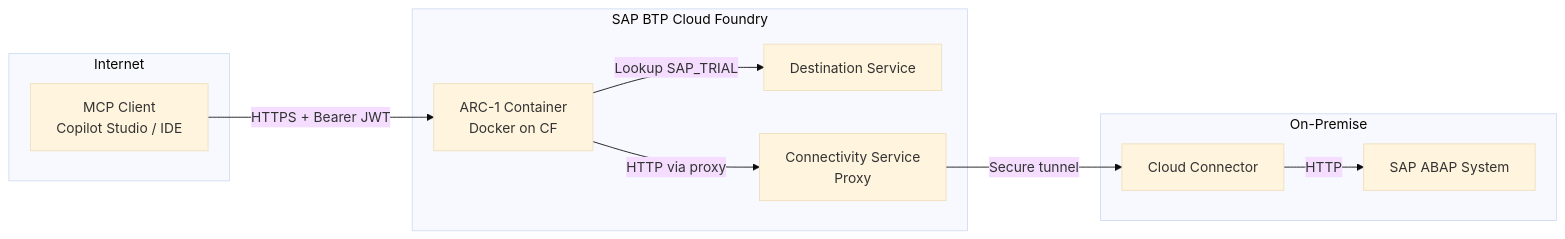
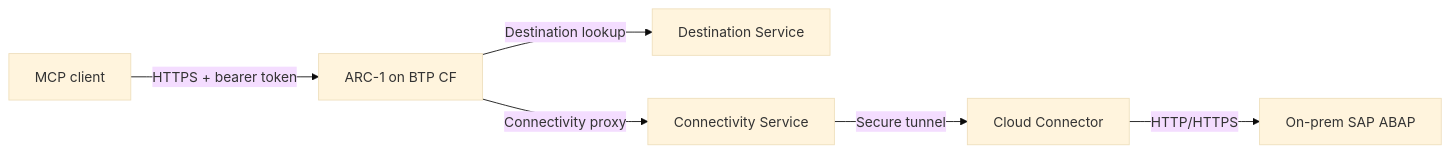
The eighth of 8 diagrams in docs_page/architecture.md (marianfoo/arc-1), drawn with Mermaid (base theme) before and after one commit. The commit also changed other lines of this file, not shown here.

Commit message:
chore: refresh architecture guide

````diff
--- a/docs_page/architecture.md
+++ b/docs_page/architecture.md
@@ -265,23 +381,8 @@
 ```mermaid
 flowchart LR
-    subgraph Internet
-        Client[MCP Client<br/>Copilot Studio / IDE]
-    end
-
-    subgraph BTP["SAP BTP Cloud Foundry"]
-        ARC1[ARC-1 Container<br/>Docker on CF]
-        DS[Destination Service]
-        CS[Connectivity Service<br/>Proxy]
-    end
-
-    subgraph OnPrem["On-Premise"]
-        CC[Cloud Connector]
-        SAP[SAP ABAP System]
-    end
-
-    Client -->|"HTTPS + Bearer JWT"| ARC1
-    ARC1 -->|"Lookup SAP_TRIAL"| DS
-    ARC1 -->|"HTTP via proxy"| CS
-    CS -->|"Secure tunnel"| CC
-    CC -->|"HTTP"| SAP
+    Client[MCP client] -->|"HTTPS + bearer token"| ARC1[ARC-1 on BTP CF]
+    ARC1 -->|"Destination lookup"| DS[Destination Service]
+    ARC1 -->|"Connectivity proxy"| CS[Connectivity Service]
+    CS -->|"Secure tunnel"| CC[Cloud Connector]
+    CC -->|"HTTP/HTTPS"| SAP[On-prem SAP ABAP]
 ```
````
